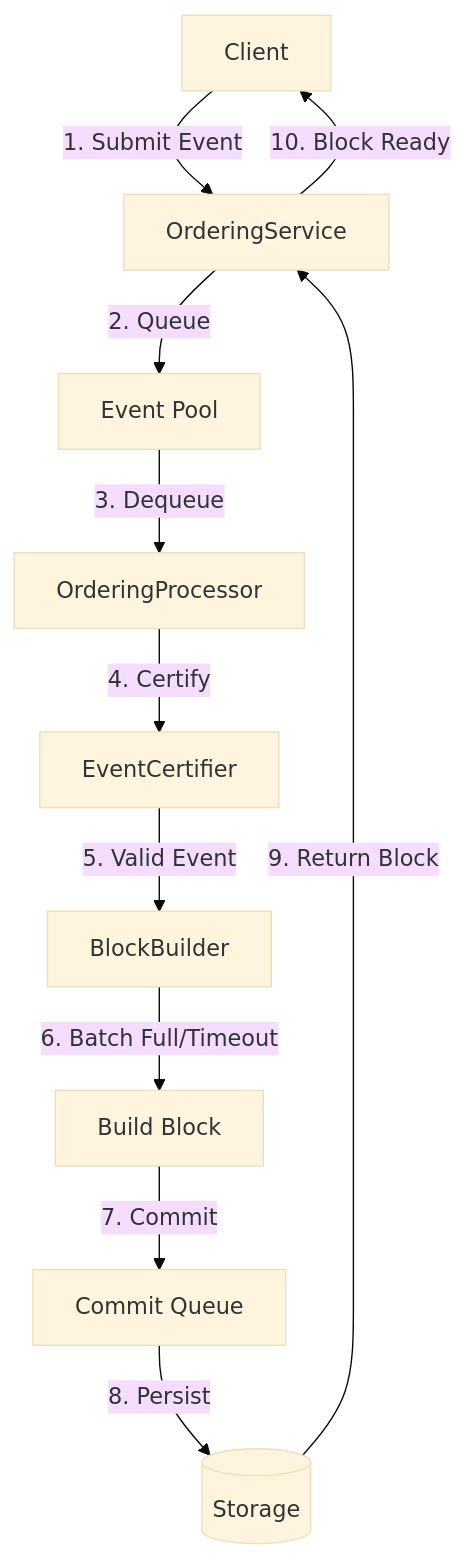
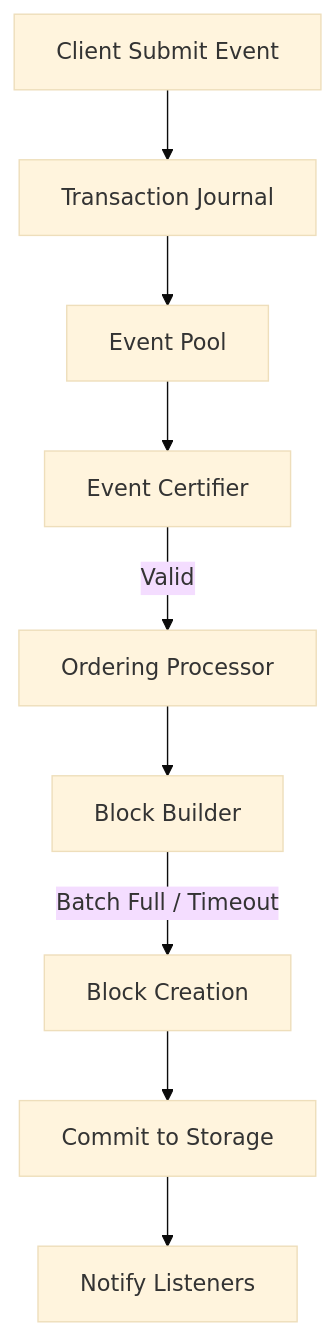
The diagram in docs/vi/consensus/ordering.md (VanDung-dev/HieraChain), drawn with Mermaid (base theme) before and after one commit. The commit also changed other lines of this file and 4 other files, not shown here.

````diff
--- a/docs/vi/consensus/ordering.md
+++ b/docs/vi/consensus/ordering.md
@@ -232,13 +32,11 @@
 ```mermaid
-flowchart TB
-    Client[Client] -->|1. Submit Event| OS[OrderingService]
-    OS -->|2. Queue| Pool[Event Pool]
-    Pool -->|3. Dequeue| Proc[OrderingProcessor]
-    Proc -->|4. Certify| Cert[EventCertifier]
-    Cert -->|5. Valid Event| BB[BlockBuilder]
-    BB -->|6. Batch Full/Timeout| Build[Build Block]
-    Build -->|7. Commit| CQ[Commit Queue]
-    CQ -->|8. Persist| Storage[(Storage)]
-    Storage -->|9. Return Block| OS
-    OS -->|10. Block Ready| Client
+graph TD
+    A[Client Submit Event] --> B[Transaction Journal]
+    B --> C[Event Pool]
+    C --> D[Event Certifier]
+    D -- Valid --> E[Ordering Processor]
+    E --> F[Block Builder]
+    F -- Batch Full / Timeout --> G[Block Creation]
+    G --> H[Commit to Storage]
+    H --> I[Notify Listeners]
 ```
````
